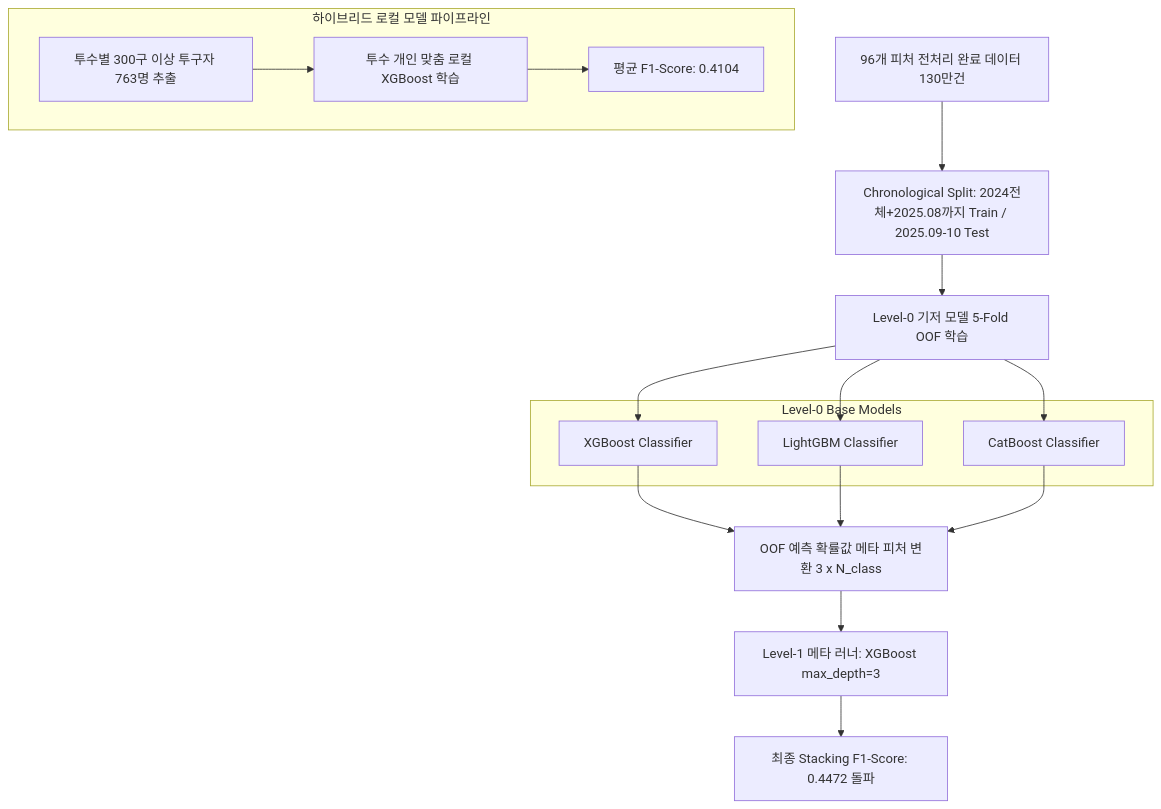
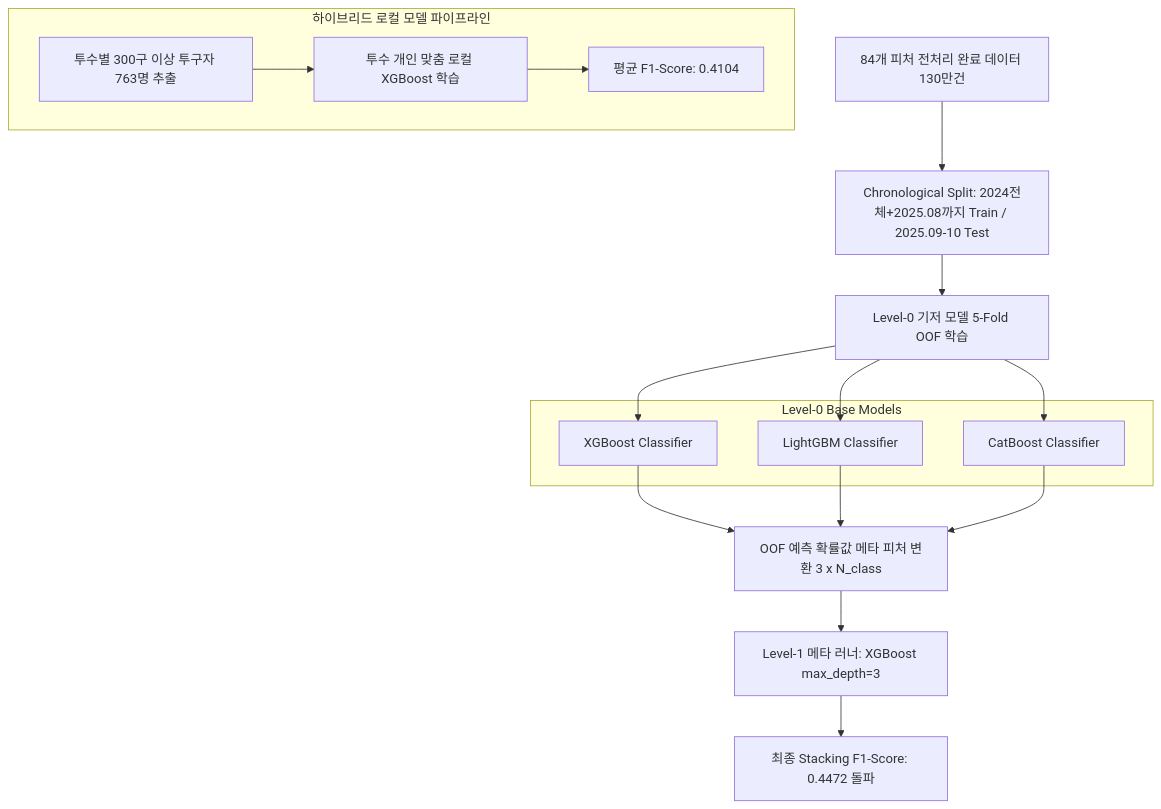
One commit to dntnqlssorj/mlb-pitchflow-ai changed the diagram in PROJECT_ARCHITECTURE_DEEP_DIVE.md. Above: the diagram before and after it, drawn with Mermaid. The commit also changed other lines of this file and 2 other files, not shown here.

````diff
--- a/PROJECT_ARCHITECTURE_DEEP_DIVE.md
+++ b/PROJECT_ARCHITECTURE_DEEP_DIVE.md
@@ -145,27 +145,27 @@
 ```mermaid
 graph TD
-    Data[96개 피처 전처리 완료 데이터 130만건] --> TrainSplit[Chronological Split: 2024전체+2025.08까지 Train / 2025.09-10 Test]
+    Data[84개 피처 전처리 완료 데이터 130만건] --> TrainSplit[Chronological Split: 2024전체+2025.08까지 Train / 2025.09-10 Test]
     TrainSplit --> BaseModels[Level-0 기저 모델 5-Fold OOF 학습]
 
     subgraph Level-0 Base Models
         XGB[XGBoost Classifier]
         LGB[LightGBM Classifier]
         CAT[CatBoost Classifier]
     end
 
     BaseModels --> XGB
     BaseModels --> LGB
     BaseModels --> CAT
 
     XGB --> MetaFeatures[OOF 예측 확률값 메타 피처 변환 3 x N_class]
     LGB --> MetaFeatures
     CAT --> MetaFeatures
 
     MetaFeatures --> MetaLearner[Level-1 메타 러너: XGBoost max_depth=3]
     MetaLearner --> StackingF1[최종 Stacking F1-Score: 0.4472 돌파]
 
     subgraph 하이브리드 로컬 모델 파이프라인
         LocalData[투수별 300구 이상 투구자 763명 추출] --> LocalTrain[투수 개인 맞춤 로컬 XGBoost 학습]
         LocalTrain --> LocalF1[평균 F1-Score: 0.4104]
     end
 ```
````
